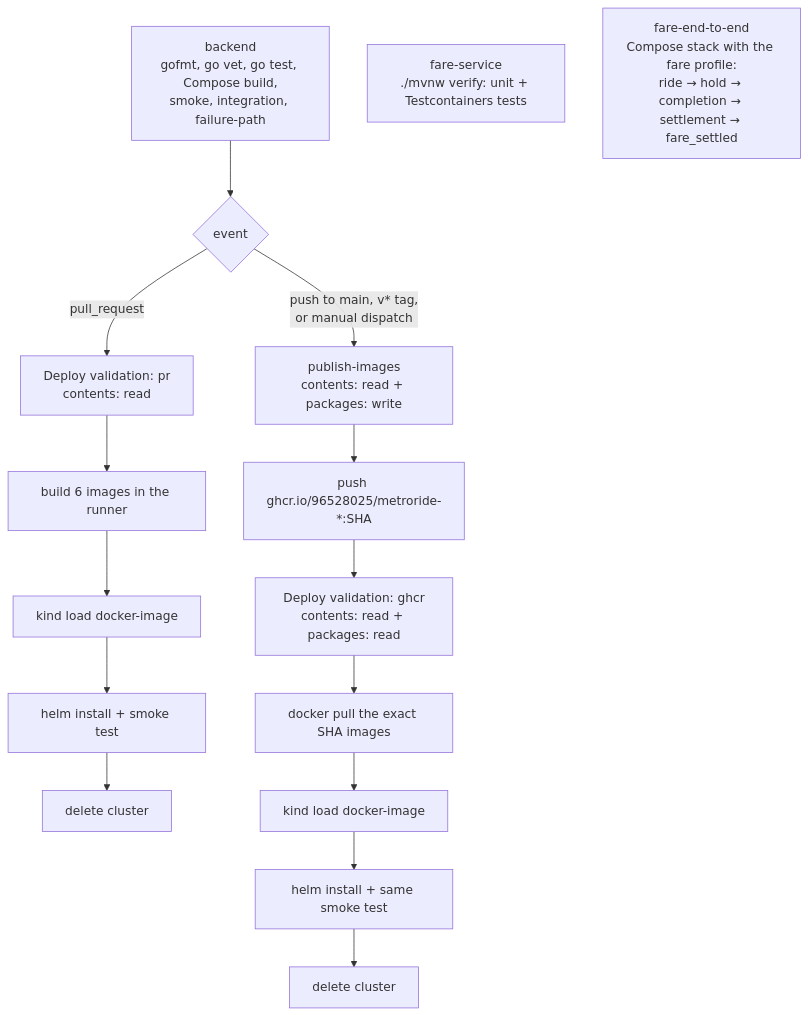
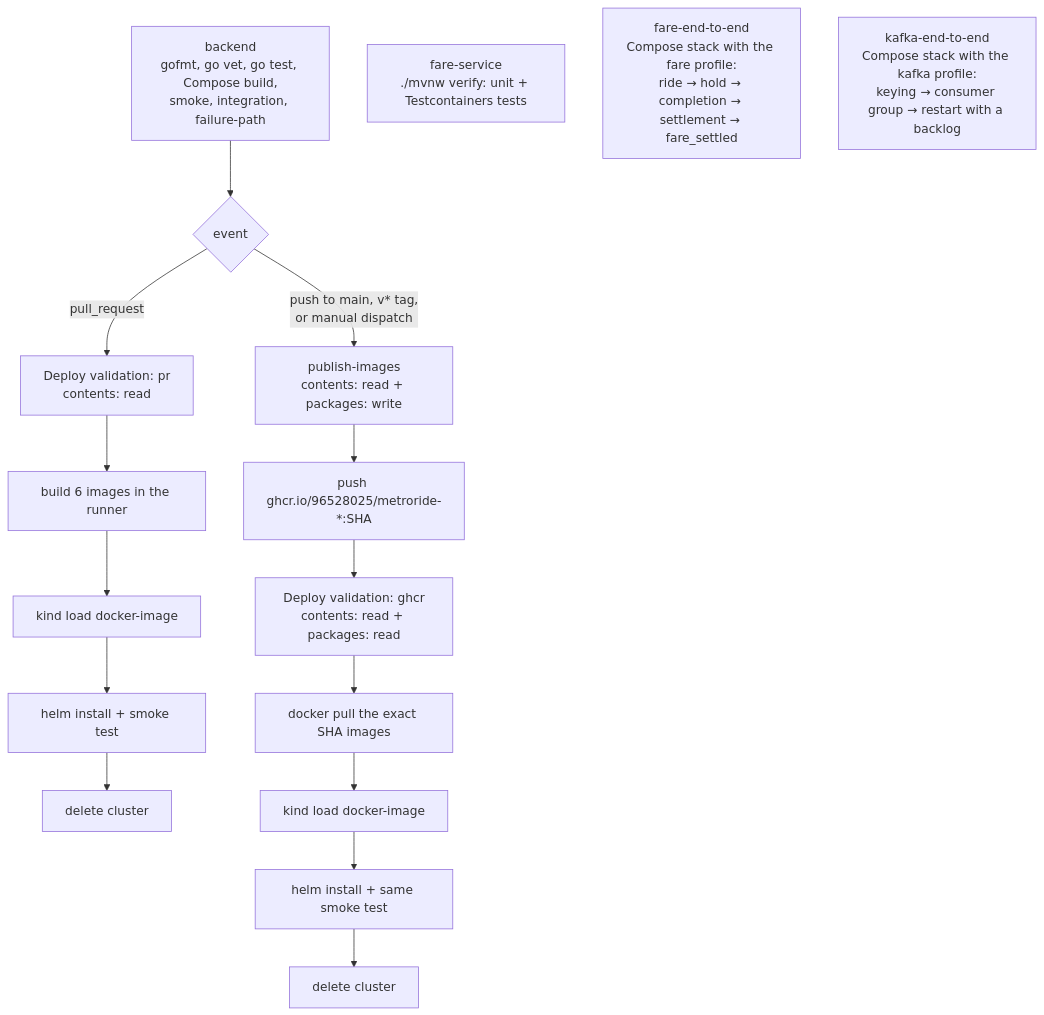
One commit to 96528025/MetroRide changed the diagram in docs/cicd.md. Above: the diagram before and after it, drawn with Mermaid. The commit also changed other lines of this file and 8 other files, not shown here.

````diff
--- a/docs/cicd.md
+++ b/docs/cicd.md
@@ -23,20 +23,21 @@
 ```mermaid
 flowchart TD
     A[backend<br/>gofmt, go vet, go test, Compose build,<br/>smoke, integration, failure-path] --> B{event}
     F[fare-service<br/>./mvnw verify: unit + Testcontainers tests]
     G[fare-end-to-end<br/>Compose stack with the fare profile:<br/>ride → hold → completion → settlement → fare_settled]
+    K[kafka-end-to-end<br/>Compose stack with the kafka profile:<br/>keying → consumer group → restart with a backlog]
 
     B -->|pull_request| C[Deploy validation: pr<br/>contents: read]
     C --> C1[build 6 images in the runner]
     C1 --> C2[kind load docker-image]
     C2 --> C3[helm install + smoke test]
     C3 --> C4[delete cluster]
 
     B -->|push to main, v* tag,<br/>or manual dispatch| D[publish-images<br/>contents: read + packages: write]
     D --> D1[push ghcr.io/96528025/metroride-*:SHA]
     D1 --> E[Deploy validation: ghcr<br/>contents: read + packages: read]
     E --> E1[docker pull the exact SHA images]
     E1 --> E2[kind load docker-image]
     E2 --> E3[helm install + same smoke test]
     E3 --> E4[delete cluster]
 ```
````
